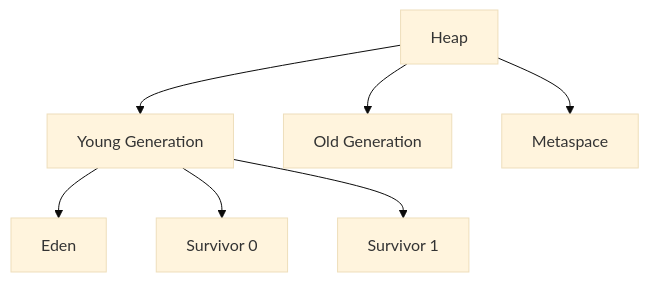
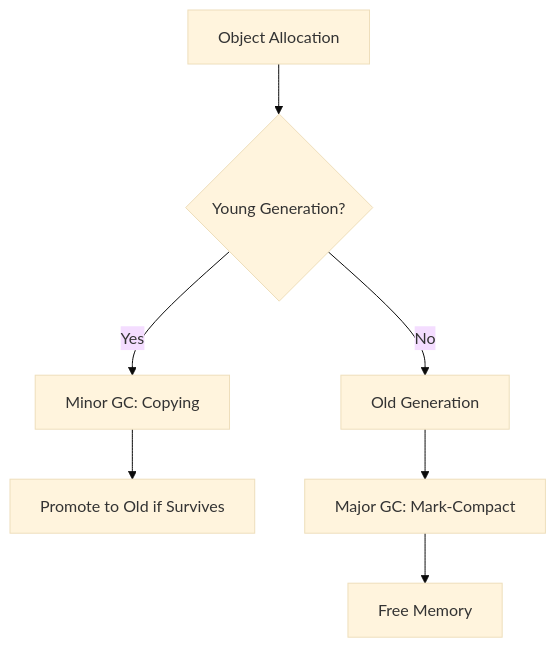
The diagram in garbage-collection-algorithms/README.md (VrushankPatel/interview-matters), drawn with Mermaid (base theme) before and after one commit. The commit also changed other lines of this file and 3 other files, not shown here.

````diff
--- a/garbage-collection-algorithms/README.md
+++ b/garbage-collection-algorithms/README.md
@@ -42,9 +44,9 @@
 ```mermaid
 graph TD
-    A[Heap] --> B[Young Generation]
-    A --> C[Old Generation]
-    A --> D[Metaspace]
-    B --> E[Eden]
-    B --> F[Survivor 0]
-    B --> G[Survivor 1]
+    A[Object Allocation] --> B{Young Generation?}
+    B -->|Yes| C[Minor GC: Copying]
+    B -->|No| D[Old Generation]
+    C --> E[Promote to Old if Survives]
+    D --> F[Major GC: Mark-Compact]
+    F --> G[Free Memory]
 ```
````
